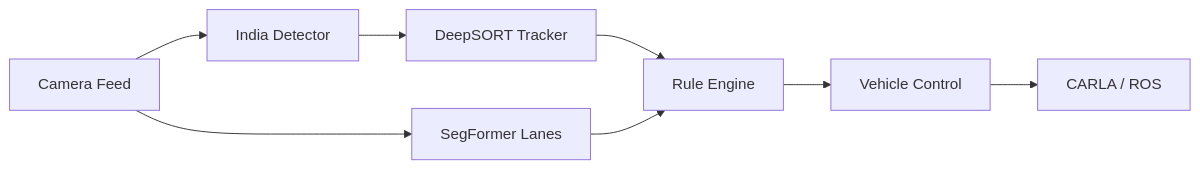
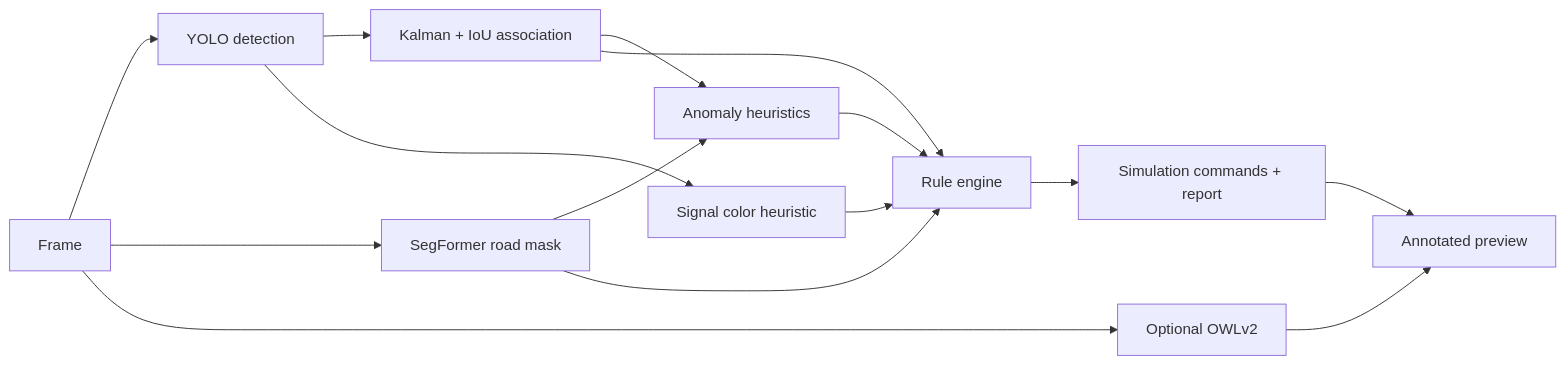
One commit to Harsh-ryUk/Hybrid-Transformer-ADAS-India-Perspective changed the diagram in README.md. Above: the diagram before and after it, drawn with Mermaid. The commit also changed other lines of this file and 40 other files, not shown here.

First line of the commit message:
Engineer RoadSense India with reproducible benchmarks and Colab GPU workflow

````diff
--- a/README.md
+++ b/README.md
@@ -17,10 +90,17 @@
 ```mermaid
-graph LR
-    Camera[Camera Feed] --> DET[India Detector]
-    DET --> TRACK[DeepSORT Tracker]
-    Camera --> SEG[SegFormer Lanes]
-    TRACK --> DECIDE[Rule Engine]
-    SEG --> DECIDE
-    DECIDE --> CTRL[Vehicle Control]
-    CTRL --> CARLA[CARLA / ROS]
+flowchart LR
+    Camera[Frame] --> YOLO[YOLO detection]
+    Camera --> Seg[SegFormer road mask]
+    Camera --> OWL[Optional OWLv2]
+    YOLO --> Track[Kalman + IoU association]
+    YOLO --> Signal[Signal color heuristic]
+    Track --> Scene[Anomaly heuristics]
+    Seg --> Scene
+    Scene --> Rules[Rule engine]
+    Signal --> Rules
+    Track --> Rules
+    Seg --> Rules
+    Rules --> Output[Simulation commands + report]
+    OWL --> Preview[Annotated preview]
+    Output --> Preview
 ```
````
